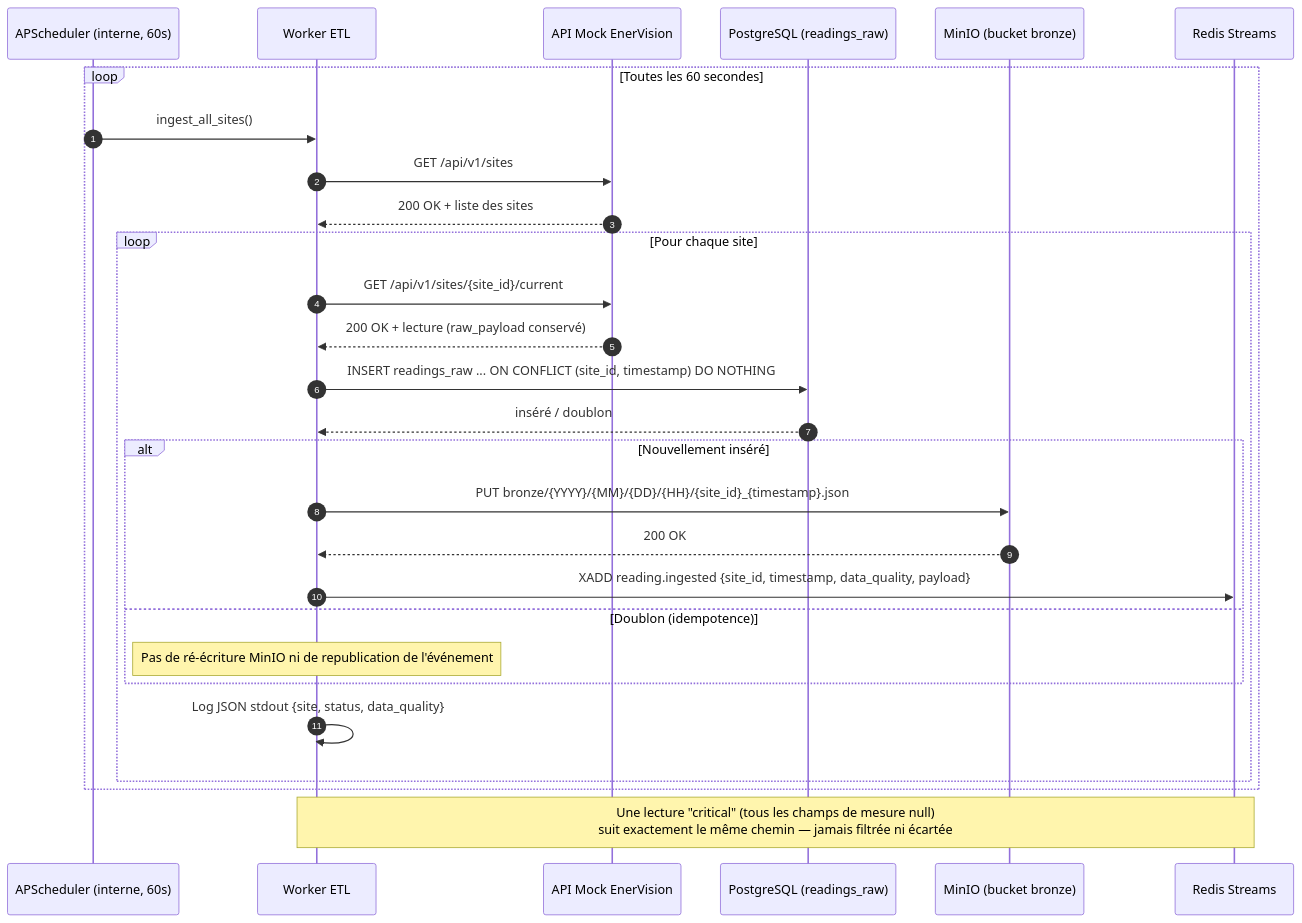
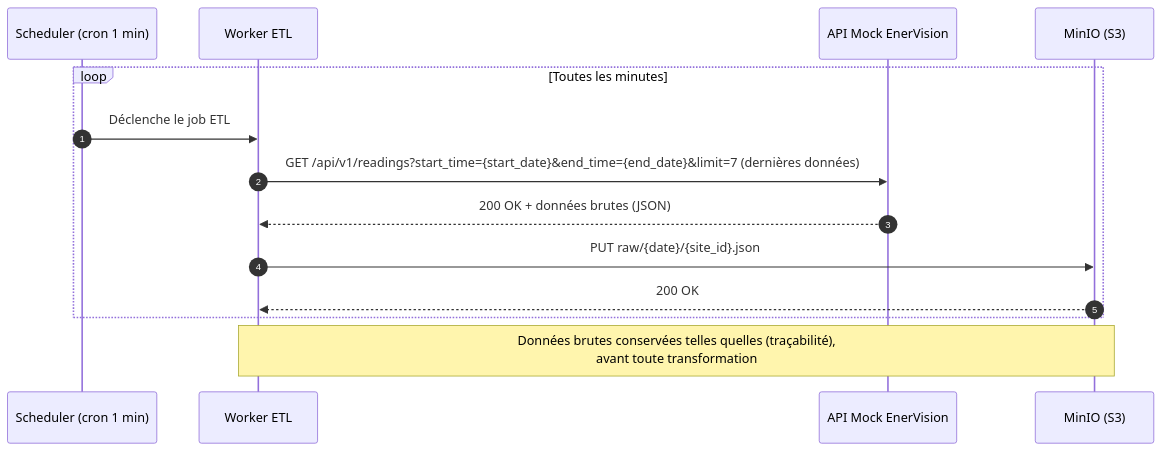
One commit to PetitPingu/EnerVision changed the first of 2 diagrams in docs/seq_etl.md. Above: the diagram before and after it, drawn with Mermaid. The commit also changed other lines of this file and 30 other files, not shown here.

First line of the commit message:
Réaligner le worker ETL sur le schéma d'origine (docs/seq_etl.md)

````diff
--- a/docs/seq_etl.md
+++ b/docs/seq_etl.md
@@ -13,32 +7,18 @@
 ```mermaid
 sequenceDiagram
     autonumber
-    participant Scheduler as APScheduler (interne, 60s)
+    participant Cron as Scheduler (cron 1 min)
     participant Worker as Worker ETL
     participant Mock as API Mock EnerVision
-    participant PG as PostgreSQL (readings_raw)
-    participant MinIO as MinIO (bucket bronze)
-    participant Redis as Redis Streams
+    participant MinIO as MinIO (S3)
 
-    loop Toutes les 60 secondes
-        Scheduler->>Worker: ingest_all_sites()
-        Worker->>Mock: GET /api/v1/sites
-        Mock-->>Worker: 200 OK + liste des sites
-        loop Pour chaque site
-            Worker->>Mock: GET /api/v1/sites/{site_id}/current
-            Mock-->>Worker: 200 OK + lecture (raw_payload conservé)
-            Worker->>PG: INSERT readings_raw ... ON CONFLICT (site_id, timestamp) DO NOTHING
-            PG-->>Worker: inséré / doublon
-            alt Nouvellement inséré
-                Worker->>MinIO: PUT bronze/{YYYY}/{MM}/{DD}/{HH}/{site_id}_{timestamp}.json
-                MinIO-->>Worker: 200 OK
-                Worker->>Redis: XADD reading.ingested {site_id, timestamp, data_quality, payload}
-            else Doublon (idempotence)
-                Note over Worker: Pas de ré-écriture MinIO ni de republication de l'événement
-            end
-            Worker->>Worker: Log JSON stdout {site, status, data_quality}
-        end
+    loop Toutes les minutes
+        Cron->>Worker: Déclenche le job ETL
+        Worker->>Mock: GET /api/v1/readings?start_time={start_date}&end_time={end_date}&limit=7 (dernières données)
+        Mock-->>Worker: 200 OK + données brutes (JSON)
+        Worker->>MinIO: PUT raw/{date}/{site_id}.json
+        MinIO-->>Worker: 200 OK
     end
 
-    Note over Worker,Redis: Une lecture "critical" (tous les champs de mesure null)<br/>suit exactement le même chemin — jamais filtrée ni écartée
+    Note over Worker,MinIO: Données brutes conservées telles quelles (traçabilité),<br/>avant toute transformation
 ```
````
